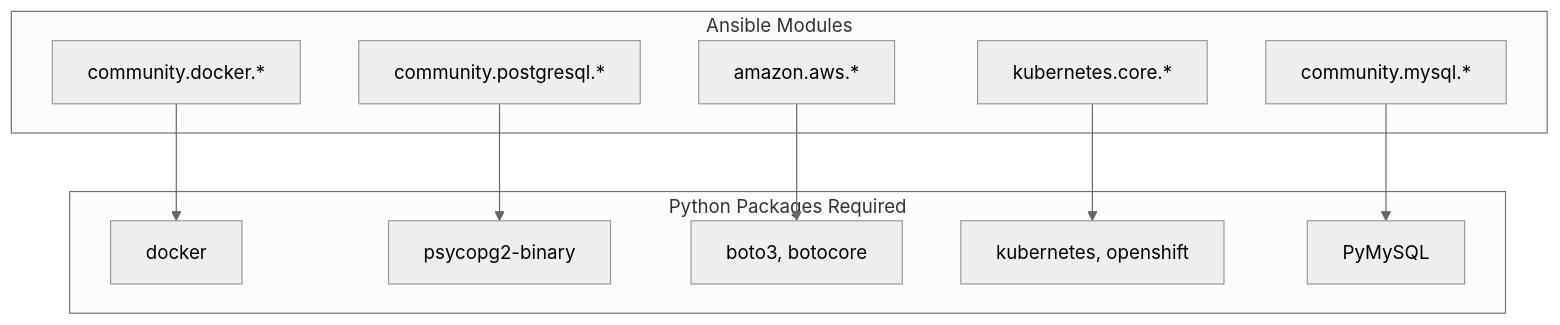
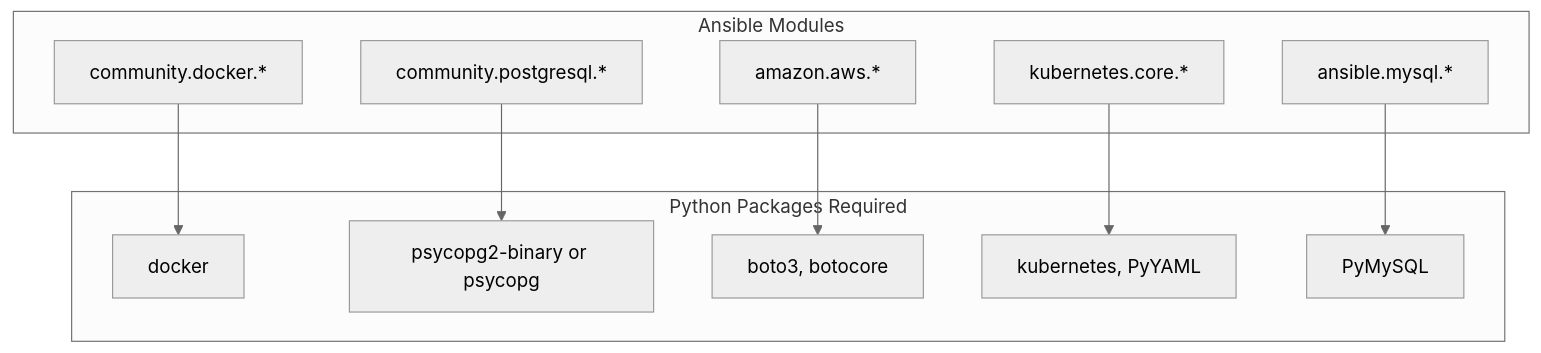
One commit to OneUptime/blog changed the fourth of 5 diagrams in posts/2026-01-24-fix-module-not-found-errors-ansible/README.md. Above: the diagram before and after it, drawn with Mermaid (neutral theme). The commit also changed other lines of this file and 4262 other files, not shown here.

````diff
--- a/posts/2026-01-24-fix-module-not-found-errors-ansible/README.md
+++ b/posts/2026-01-24-fix-module-not-found-errors-ansible/README.md
@@ -420,24 +421,24 @@
 ```mermaid
 flowchart TB
     subgraph "Ansible Modules"
         A1[community.docker.*]
         A2[community.postgresql.*]
         A3[amazon.aws.*]
         A4[kubernetes.core.*]
-        A5[community.mysql.*]
+        A5[ansible.mysql.*]
     end
 
     subgraph "Python Packages Required"
         B1[docker]
-        B2[psycopg2-binary]
+        B2[psycopg2-binary or psycopg]
         B3[boto3, botocore]
-        B4[kubernetes, openshift]
+        B4[kubernetes, PyYAML]
         B5[PyMySQL]
     end
 
     A1 --> B1
     A2 --> B2
     A3 --> B3
     A4 --> B4
     A5 --> B5
 ```
````
